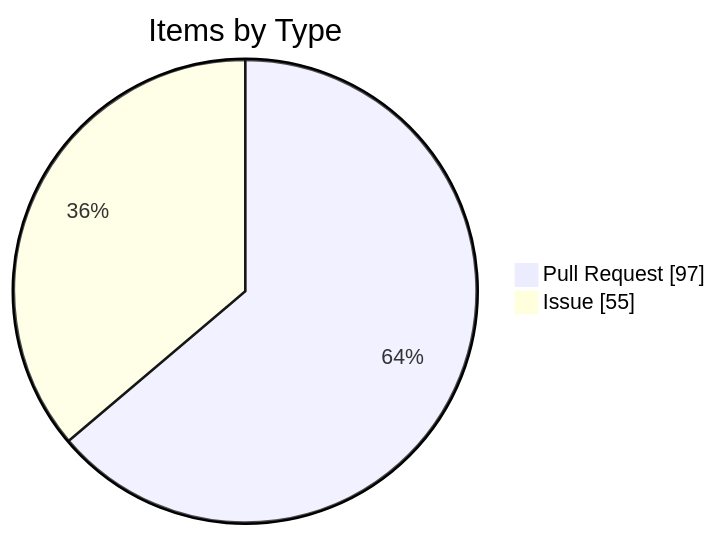
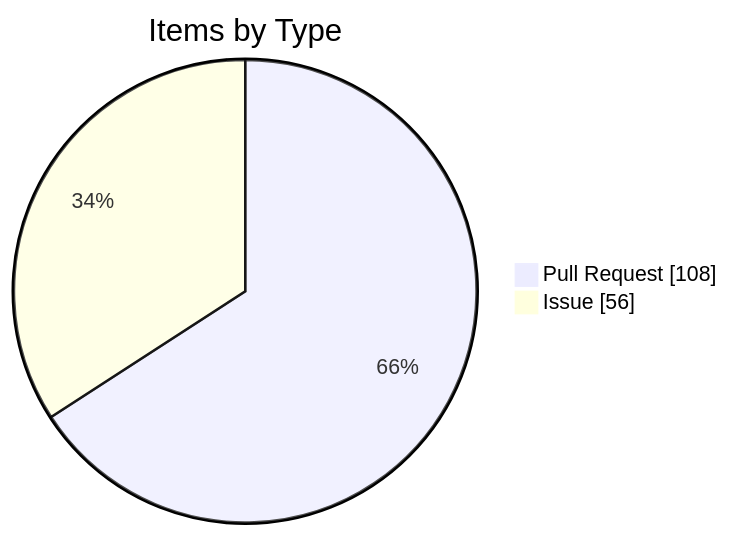
Before and after one commit to KBVE/kbve: the fourth of 4 diagrams in apps/kbve/astro-kbve/src/content/docs/dashboard/kanban-data.mdx, drawn with Mermaid. The commit also changed other lines of this file and 8 other files, not shown here.

````diff
--- a/apps/kbve/astro-kbve/src/content/docs/dashboard/kanban-data.mdx
+++ b/apps/kbve/astro-kbve/src/content/docs/dashboard/kanban-data.mdx
@@ -115,6 +115,6 @@
 ```mermaid
 pie showData
     title Items by Type
-    "Pull Request" : 97
-    "Issue" : 55
+    "Pull Request" : 108
+    "Issue" : 56
 ```
````
